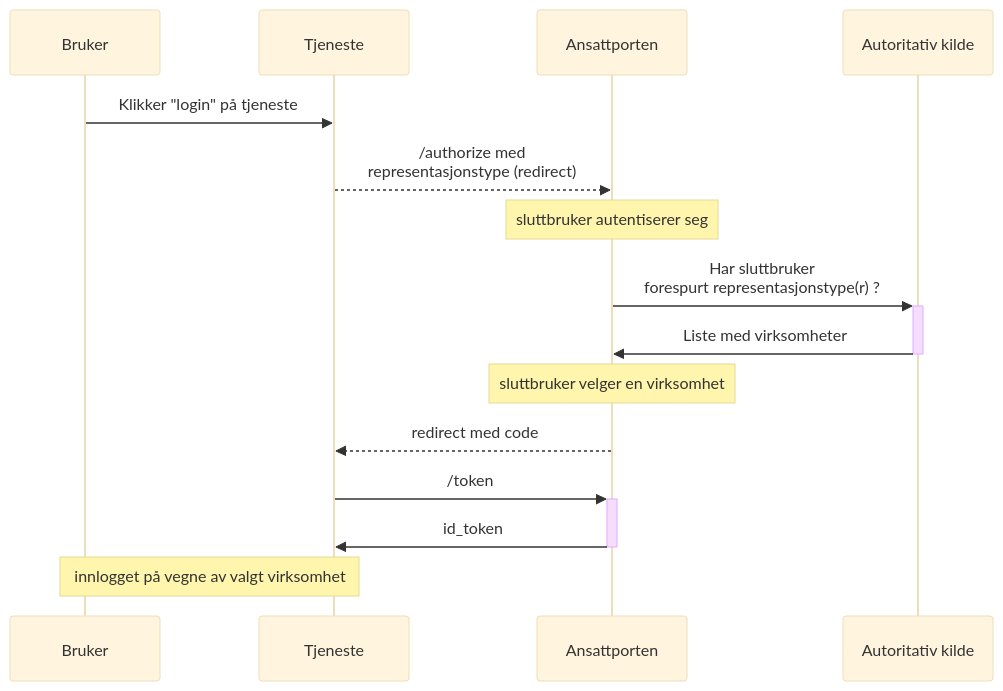
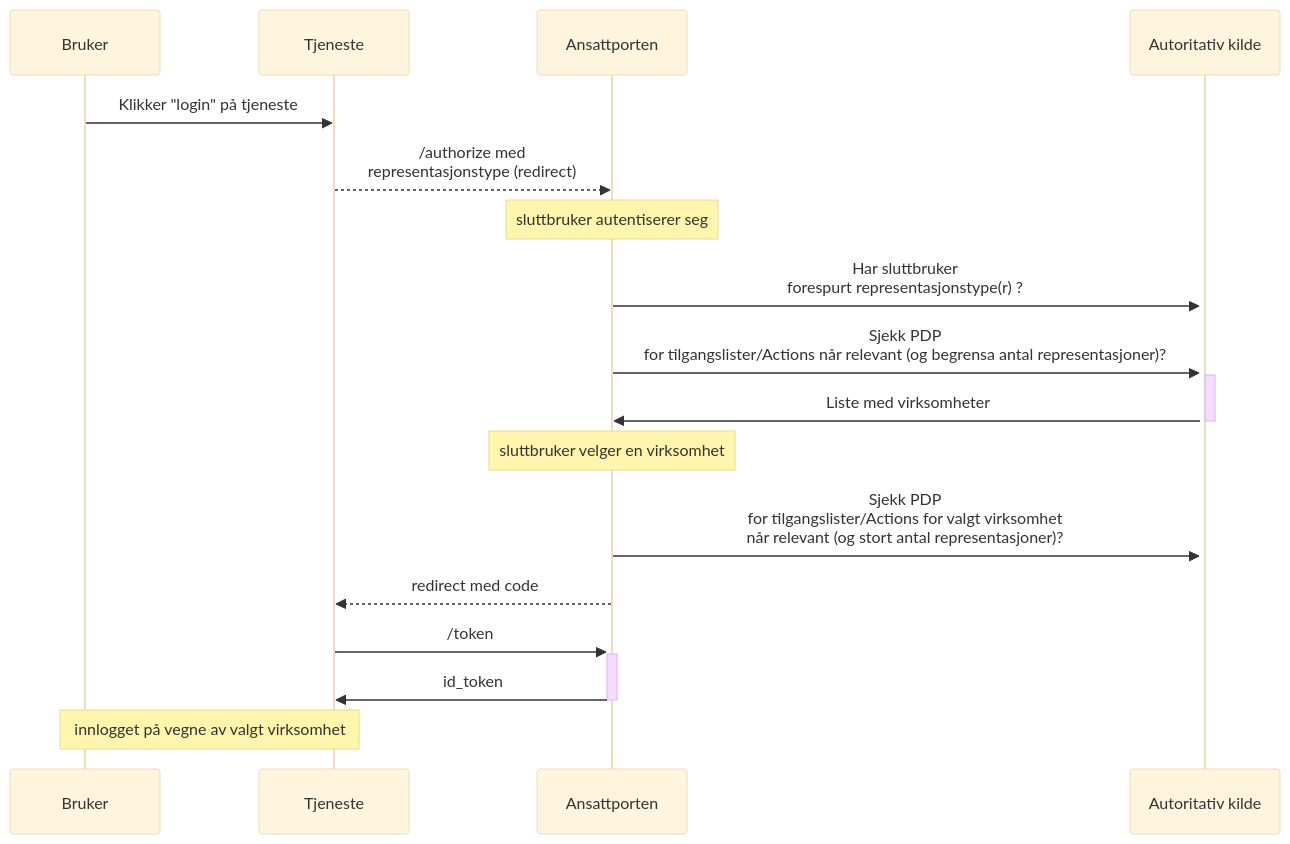
One commit to felleslosninger/docs changed the diagram in _docs/ansattporten/ansattporten_representasjon.md. Above: the diagram before and after it, drawn with Mermaid (base theme).

Commit message:
oppdatere flyt

```diff
--- a/_docs/ansattporten/ansattporten_representasjon.md
+++ b/_docs/ansattporten/ansattporten_representasjon.md
@@ -43,20 +43,22 @@
 <div class="mermaid">
 sequenceDiagram
 
 participant B as Bruker
 participant C as Tjeneste
 participant A as Ansattporten
 participant S as Autoritativ kilde
 
 B->>C: Klikker "login" på tjeneste
 C-->>A: /authorize med <br/>representasjonstype (redirect)
 note over A: sluttbruker autentiserer seg
 A->>+S: Har sluttbruker <br/>forespurt representasjonstype(r) ?
+A->>+S: Sjekk PDP <br/>for tilgangslister/Actions når relevant (og begrensa antal representasjoner)?
 S->>-A: Liste med virksomheter
 note over A: sluttbruker velger en virksomhet
+A->>+S: Sjekk PDP <br/>for tilgangslister/Actions for valgt virksomhet <br/> når relevant (og stort antal representasjoner)?
 A-->>C: redirect med code
 C->>+A: /token
 A->>-C: id_token
 note over B,C: innlogget på vegne av valgt virksomhet
 
 </div>
```
